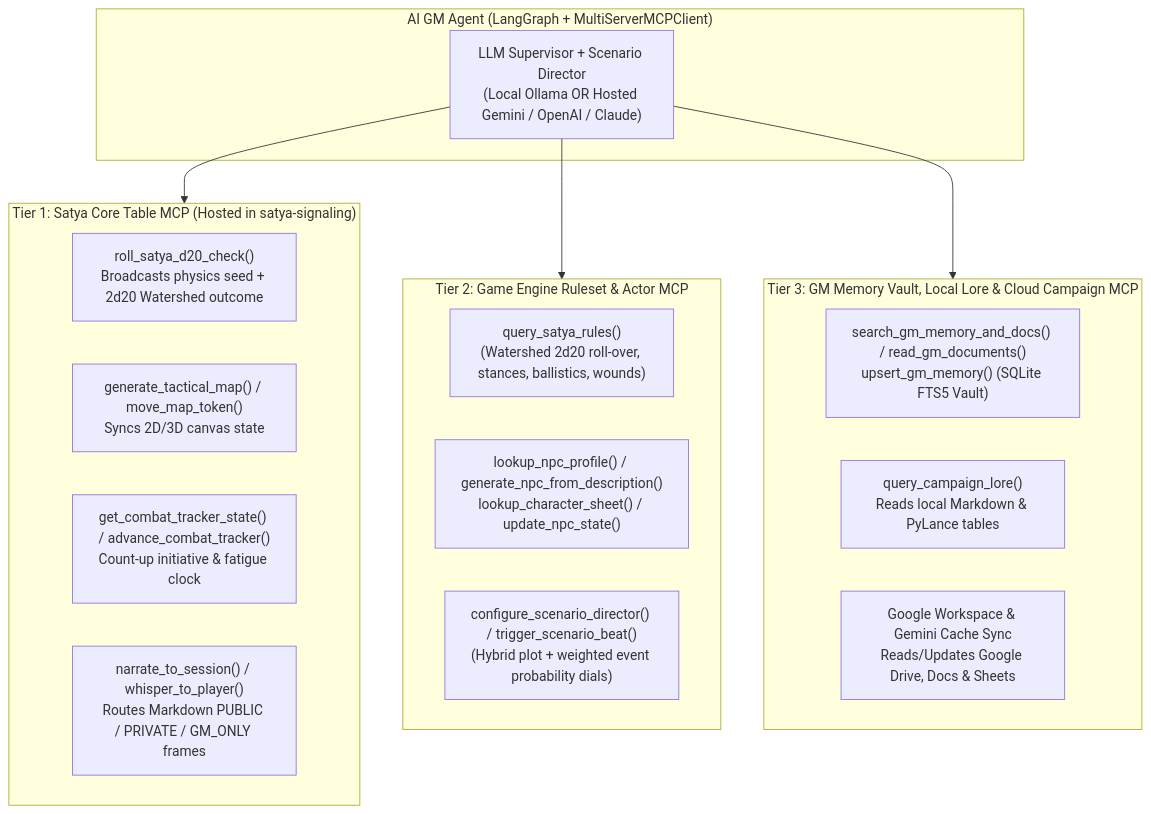
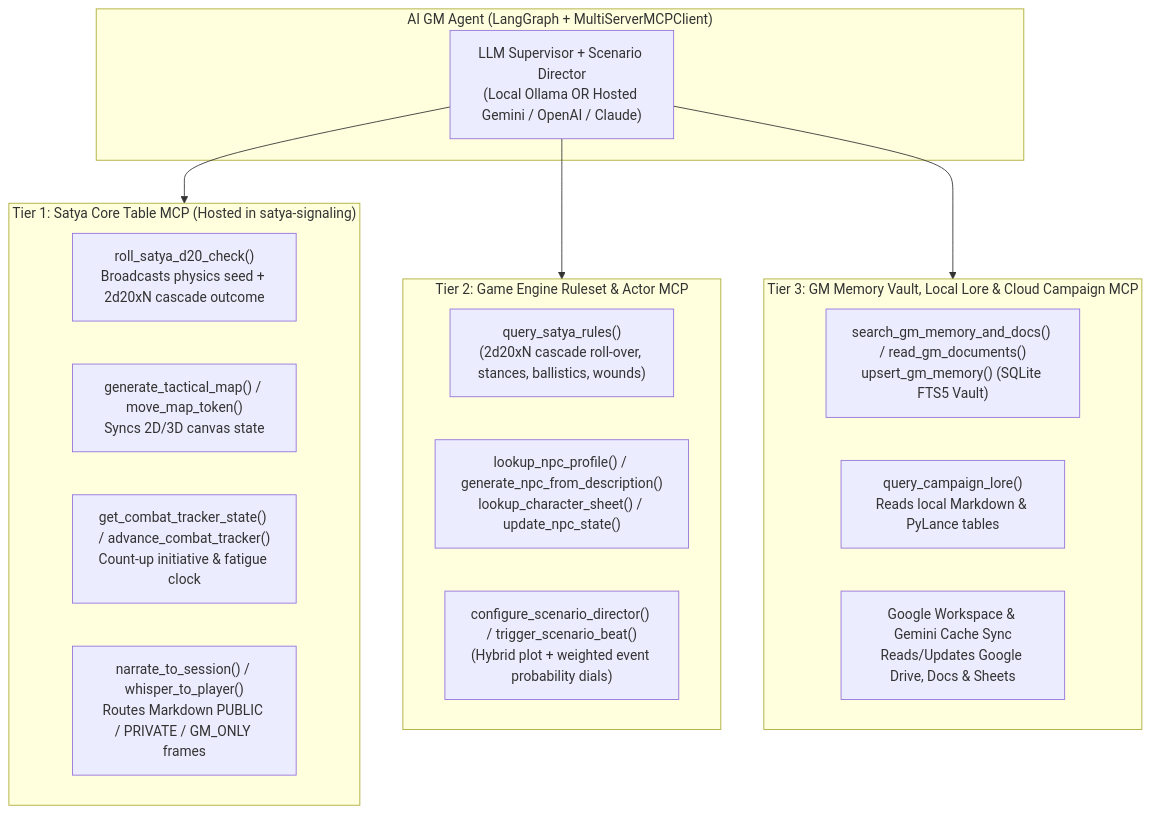
Before and after one commit to rarebreed/satya: the third of 3 diagrams in docs/technical/ai-gm-agent-design.md, drawn with Mermaid. The commit also changed other lines of this file and 76 other files, not shown here.

````diff
--- a/docs/technical/ai-gm-agent-design.md
+++ b/docs/technical/ai-gm-agent-design.md
@@ -275,29 +275,29 @@
 ```mermaid
 flowchart TD
     subgraph LangGraphGM["AI GM Agent (LangGraph + MultiServerMCPClient)"]
         Supervisor["LLM Supervisor + Scenario Director\n(Local Ollama OR Hosted Gemini / OpenAI / Claude)"]
     end
 
     subgraph Tier1["Tier 1: Satya Core Table MCP (Hosted in satya-signaling)"]
-        WgpuDice["roll_satya_d20_check()\nBroadcasts physics seed + 2d20 Watershed outcome"]
+        WgpuDice["roll_satya_d20_check()\nBroadcasts physics seed + 2d20xN cascade outcome"]
         MapGrid["generate_tactical_map() / move_map_token()\nSyncs 2D/3D canvas state"]
         CombatClock["get_combat_tracker_state() / advance_combat_tracker()\nCount-up initiative & fatigue clock"]
         ChatWhisper["narrate_to_session() / whisper_to_player()\nRoutes Markdown PUBLIC / PRIVATE / GM_ONLY frames"]
     end
 
     subgraph Tier2["Tier 2: Game Engine Ruleset & Actor MCP"]
-        SatyaRules["query_satya_rules()\n(Watershed 2d20 roll-over, stances, ballistics, wounds)"]
+        SatyaRules["query_satya_rules()\n(2d20xN cascade roll-over, stances, ballistics, wounds)"]
         NpcChar["lookup_npc_profile() / generate_npc_from_description()\nlookup_character_sheet() / update_npc_state()"]
         Director["configure_scenario_director() / trigger_scenario_beat()\n(Hybrid plot + weighted event probability dials)"]
     end
 
     subgraph Tier3["Tier 3: GM Memory Vault, Local Lore & Cloud Campaign MCP"]
         GmVault["search_gm_memory_and_docs() / read_gm_documents()\nupsert_gm_memory() (SQLite FTS5 Vault)"]
         LocalLore["query_campaign_lore()\nReads local Markdown & PyLance tables"]
         GWorkspace["Google Workspace & Gemini Cache Sync\nReads/Updates Google Drive, Docs & Sheets"]
     end
 
     Supervisor --> Tier1
     Supervisor --> Tier2
     Supervisor --> Tier3
 ```
````
